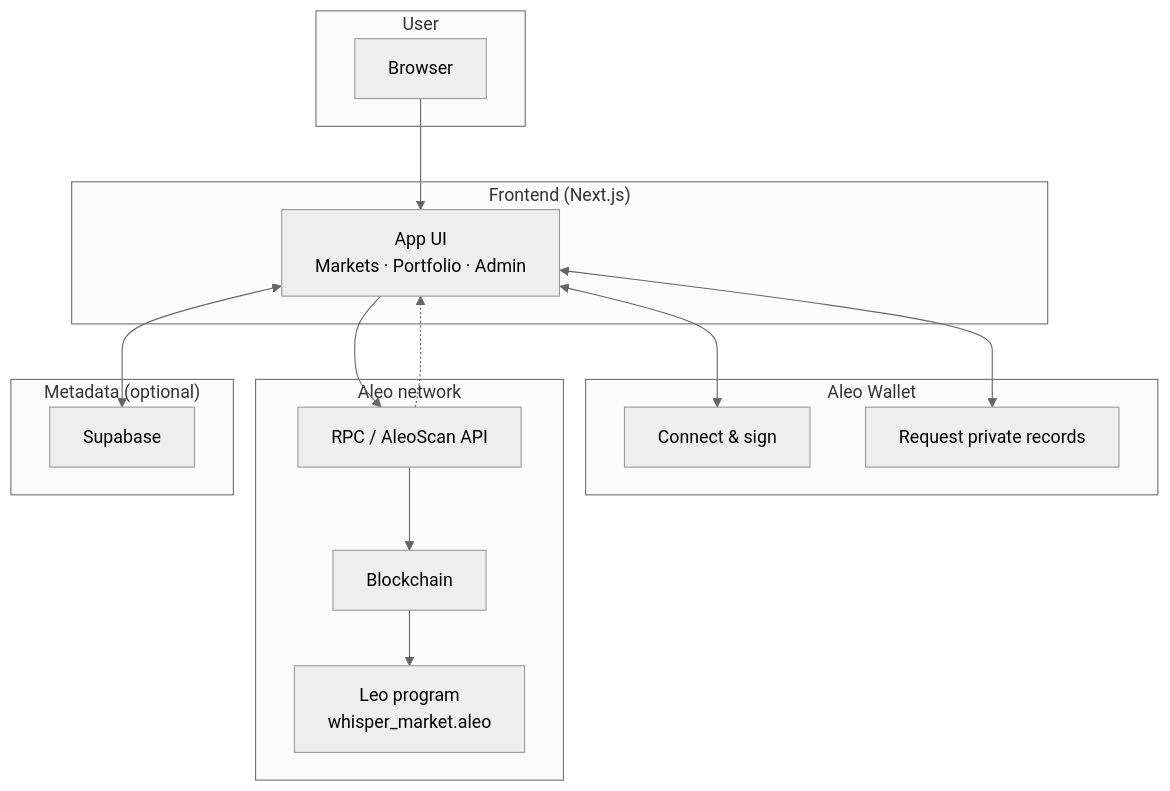
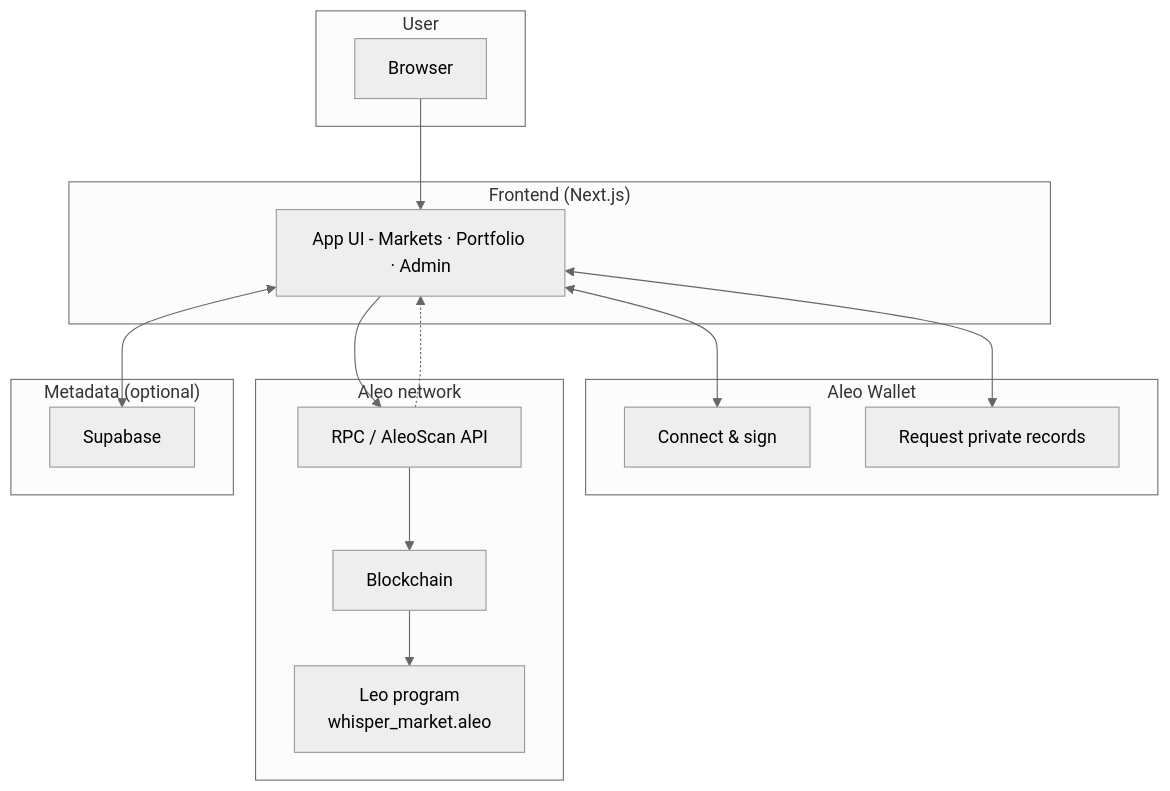
Before and after one commit to mikenike360/WhisperMarket: the diagram in README.md, drawn with Mermaid (neutral theme).

````diff
--- a/README.md
+++ b/README.md
@@ -122,34 +122,34 @@
 ```mermaid
 flowchart TB
   subgraph user["User"]
     Browser[Browser]
   end
 
   subgraph frontend["Frontend (Next.js)"]
-    App[App UI\nMarkets · Portfolio · Admin]
+    App[App UI - Markets · Portfolio · Admin]
   end
 
   subgraph wallet["Aleo Wallet"]
     Connect[Connect & sign]
     Records[Request private records]
   end
 
   subgraph aleo["Aleo network"]
     RPC[RPC / AleoScan API]
     Chain[Blockchain]
     Program[Leo program\nwhisper_market.aleo]
   end
 
   subgraph data["Metadata (optional)"]
     Supabase[Supabase]
   end
 
   Browser --> App
   App <--> Connect
   App <--> Records
   App --> RPC
   RPC --> Chain
   Chain --> Program
   App <--> Supabase
   RPC -.-> App
 ```
````
